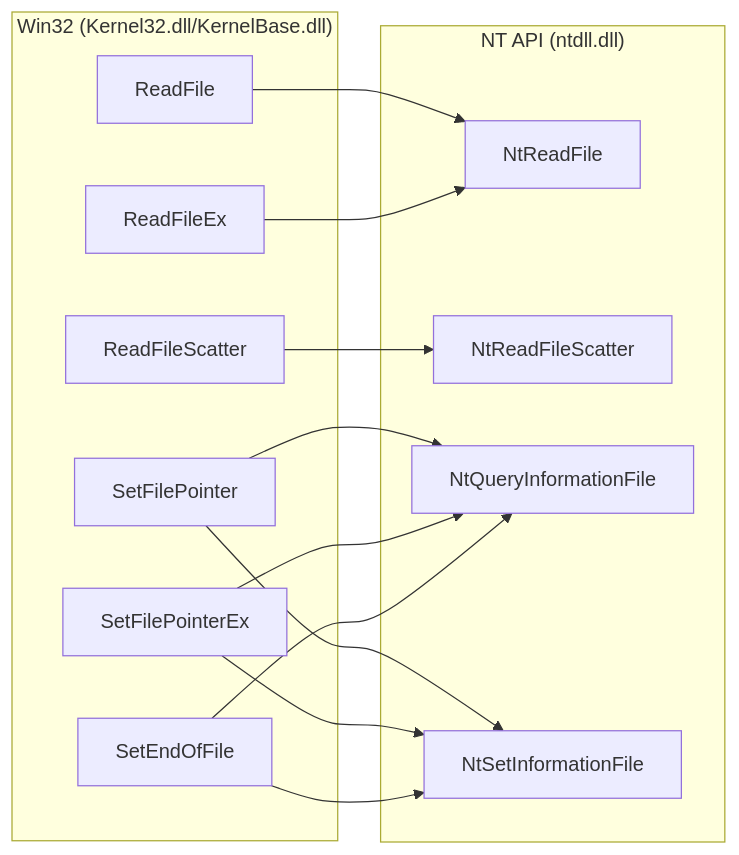
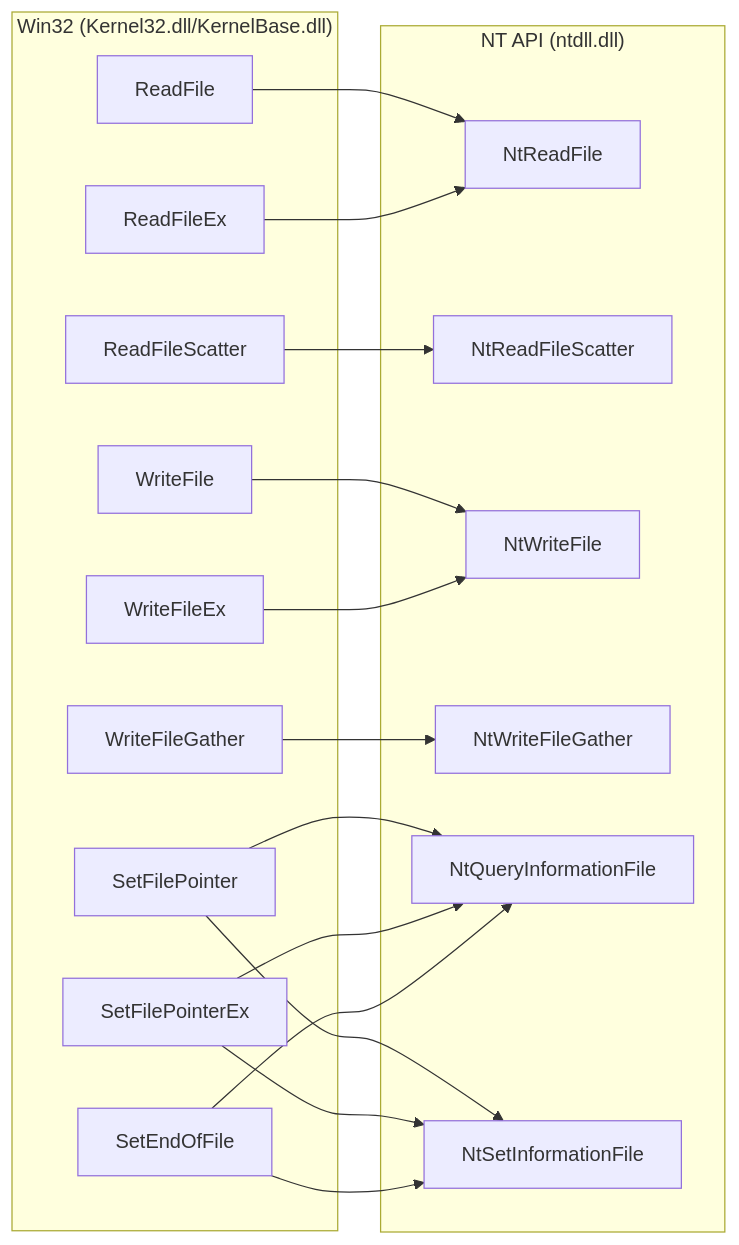
One commit to Sewer56/vfs-writeup changed the fourth of 11 diagrams in docs/index.md. Above: the diagram before and after it, drawn with Mermaid.

Commit message:
Added: WriteFile API

````diff
--- a/docs/index.md
+++ b/docs/index.md
@@ -378,29 +378,37 @@
 ```mermaid
 flowchart LR
     subgraph Win32["Win32 (Kernel32.dll/KernelBase.dll)"]
     ReadFile
     ReadFileEx
     ReadFileScatter
+    WriteFile
+    WriteFileEx
+    WriteFileGather
     SetFilePointer
     SetFilePointerEx
     SetEndOfFile
 
     end
 
     subgraph NT["NT API (ntdll.dll)"]
     NtReadFile
     NtReadFileScatter
+    NtWriteFile
+    NtWriteFileGather
     NtQueryInformationFile
     NtSetInformationFile
 
     ReadFile --> NtReadFile
     ReadFileEx --> NtReadFile
     ReadFileScatter --> NtReadFileScatter
+    WriteFile --> NtWriteFile
+    WriteFileEx --> NtWriteFile
+    WriteFileGather --> NtWriteFileGather
     SetFilePointer --> NtQueryInformationFile
     SetFilePointer --> NtSetInformationFile
     SetFilePointerEx --> NtQueryInformationFile
     SetFilePointerEx --> NtSetInformationFile
     SetEndOfFile --> NtQueryInformationFile
     SetEndOfFile --> NtSetInformationFile
     end
 ```
````
